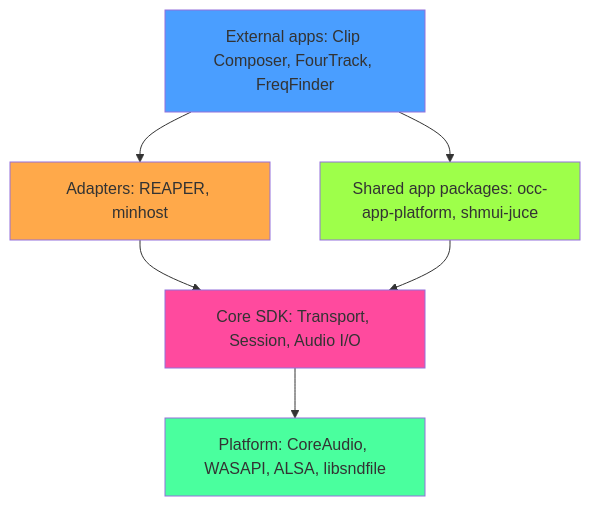
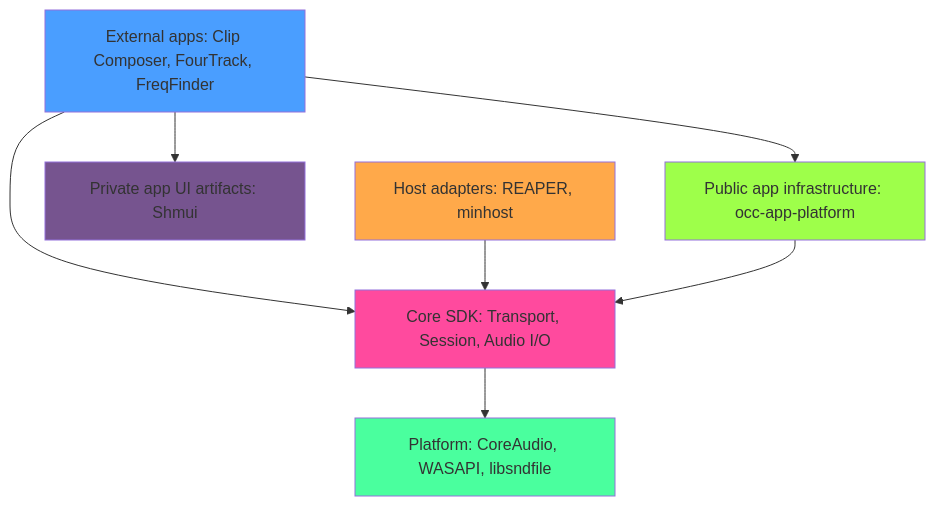
Before and after one commit to chrislyons/orpheus-sdk: the diagram in ARCHITECTURE.md, drawn with Mermaid. The commit also changed other lines of this file and 6 other files, not shown here.

Commit message:
docs(sdk): align current public boundary records

````diff
--- a/ARCHITECTURE.md
+++ b/ARCHITECTURE.md
@@ -50,14 +50,16 @@
 ```mermaid
 graph TD
-    A[External apps: Clip Composer, FourTrack, FreqFinder] --> B[Adapters: REAPER, minhost]
-    A --> C[Shared app packages: occ-app-platform, shmui-juce]
-    B --> D[Core SDK: Transport, Session, Audio I/O]
+    A[External apps: Clip Composer, FourTrack, FreqFinder] --> C[Public app infrastructure: occ-app-platform]
+    A --> S[Private app UI artifacts: Shmui]
+    A --> D[Core SDK: Transport, Session, Audio I/O]
+    B[Host adapters: REAPER, minhost] --> D
     C --> D
-    D --> E[Platform: CoreAudio, WASAPI, ALSA, libsndfile]
+    D --> E[Platform: CoreAudio, WASAPI, libsndfile]
 
     style A fill:#4a9eff
     style B fill:#ffa94a
     style C fill:#9eff4a
+    style S fill:#76548f
     style D fill:#ff4a9e
     style E fill:#4aff9e
 ```
````
